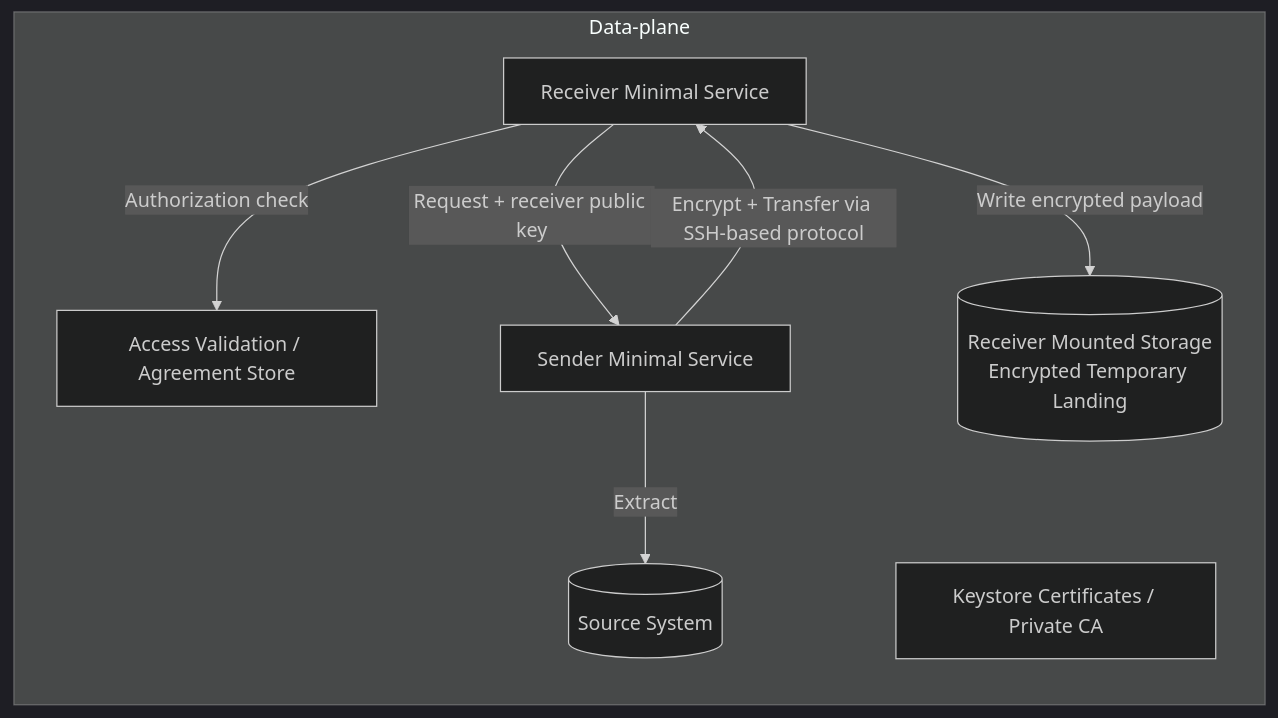
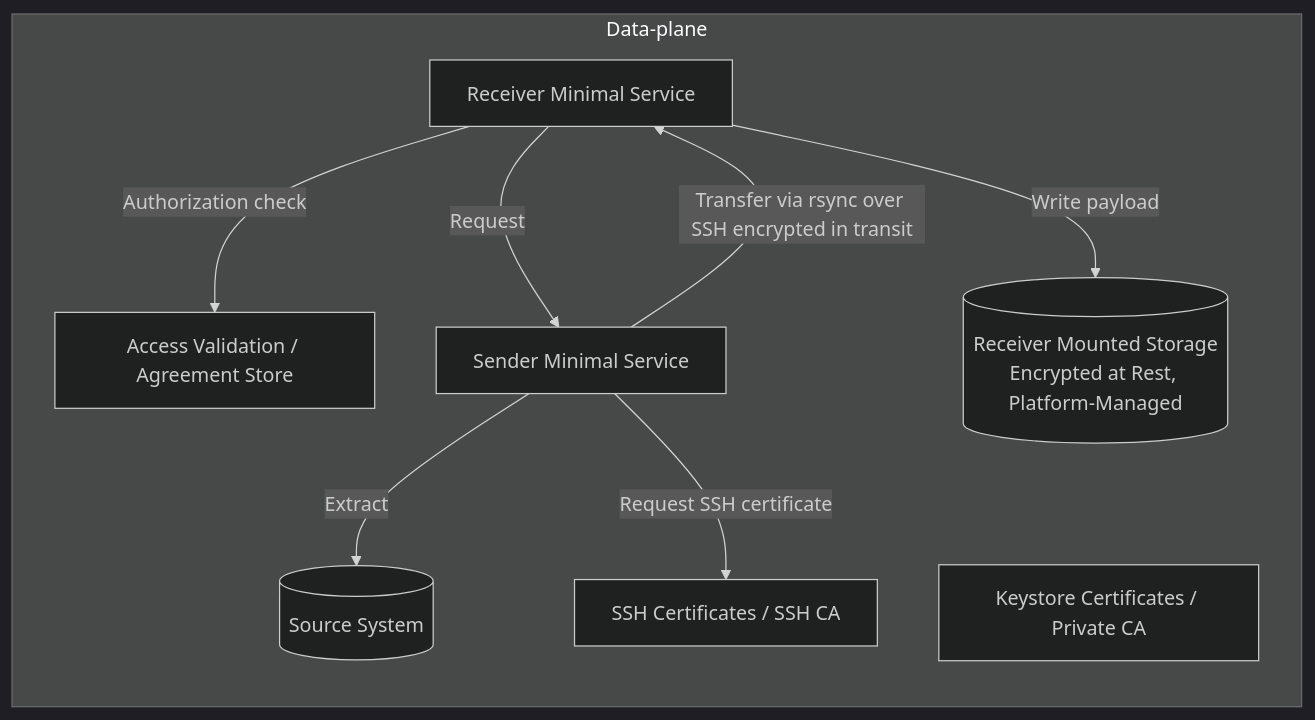
The eighth of 8 diagrams in docs/adr/0001-fde-architecture-diagrams-v003.md (GSA-TTS/TTSE-Redwood), drawn with Mermaid (dark theme) before and after one commit. The commit also changed other lines of this file and 1 other file, not shown here.

First line of the commit message:
refactor: replace ephemeral key encryption with SSH CA certs and platform-managed encryption at rest

````diff
--- a/docs/adr/0001-fde-architecture-diagrams-v003.md
+++ b/docs/adr/0001-fde-architecture-diagrams-v003.md
@@ -272,17 +328,20 @@
 ```mermaid
 flowchart LR
-  subgraph DataPlane[Data-plane]
-    R4[Receiver Minimal Service]
-    AV4[Access Validation / Agreement Store]
-    CA4[Keystore Certificates / Private CA]
-    S4[Sender Minimal Service]
-    SRC4[(Source System)]
-    RMS4[(Receiver Mounted Storage<br/>Encrypted Temporary Landing)]
-  end
+ subgraph DataPlane[Data-plane]
+   R4[Receiver Minimal Service]
+   AV4[Access Validation / Agreement Store]
+   CA4[Keystore Certificates / Private CA]
+   SCA4[SSH Certificates / SSH CA]
+   S4[Sender Minimal Service]
+   SRC4[(Source System)]
+   RMS4[(Receiver Mounted Storage<br/>Encrypted at Rest, Platform-Managed)]
+ end
 
-  R4 -->|Authorization check| AV4
-  R4 -->|Request + receiver public key| S4
-  S4 -->|Extract| SRC4
-  S4 -->|Encrypt + Transfer via SSH-based protocol| R4
-  R4 -->|Write encrypted payload| RMS4
+
+ R4 -->|Authorization check| AV4
+ R4 -->|Request| S4
+ S4 -->|Extract| SRC4
+ S4 -->|Request SSH certificate| SCA4
+ S4 -->|Transfer via rsync over SSH encrypted in transit| R4
+ R4 -->|Write payload| RMS4
 ```
````
